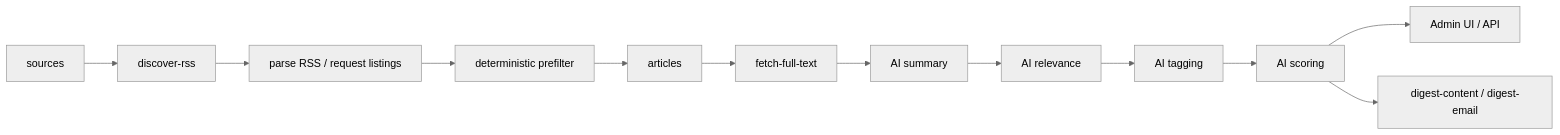
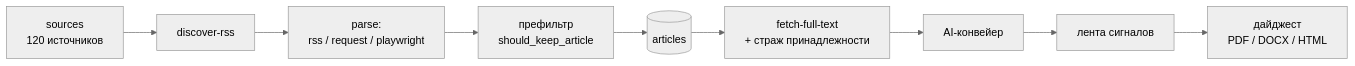
One commit to electromop/oiltech-digest changed the first of 2 diagrams in docs/architecture.md. Above: the diagram before and after it, drawn with Mermaid (neutral theme). The commit also changed other lines of this file and 3 other files, not shown here.

First line of the commit message:
docs: архитектурные схемы к встрече с ИБ + №26/№27 в бэклоге

````diff
--- a/docs/architecture.md
+++ b/docs/architecture.md
@@ -17,14 +68,11 @@
 ```mermaid
 flowchart LR
-  SRC["sources"] --> DISC["discover-rss"]
-  DISC --> PARSE["parse RSS / request listings"]
-  PARSE --> PREF["deterministic prefilter"]
-  PREF --> ART["articles"]
-  ART --> FULL["fetch-full-text"]
-  FULL --> SUM["AI summary"]
-  SUM --> REL["AI relevance"]
-  REL --> TAG["AI tagging"]
-  TAG --> SCORE["AI scoring"]
-  SCORE --> UI["Admin UI / API"]
-  SCORE --> DIG["digest-content / digest-email"]
+  SRC["sources<br/>120 источников"] --> DISC["discover-rss"]
+  DISC --> PARSE["parse:<br/>rss / request / playwright"]
+  PARSE --> PREF["префильтр<br/>should_keep_article"]
+  PREF --> ART[("articles")]
+  ART --> FULL["fetch-full-text<br/>+ страж принадлежности"]
+  FULL --> AI["AI-конвейер"]
+  AI --> UI["лента сигналов"]
+  UI --> DIG["дайджест<br/>PDF / DOCX / HTML"]
 ```
````
